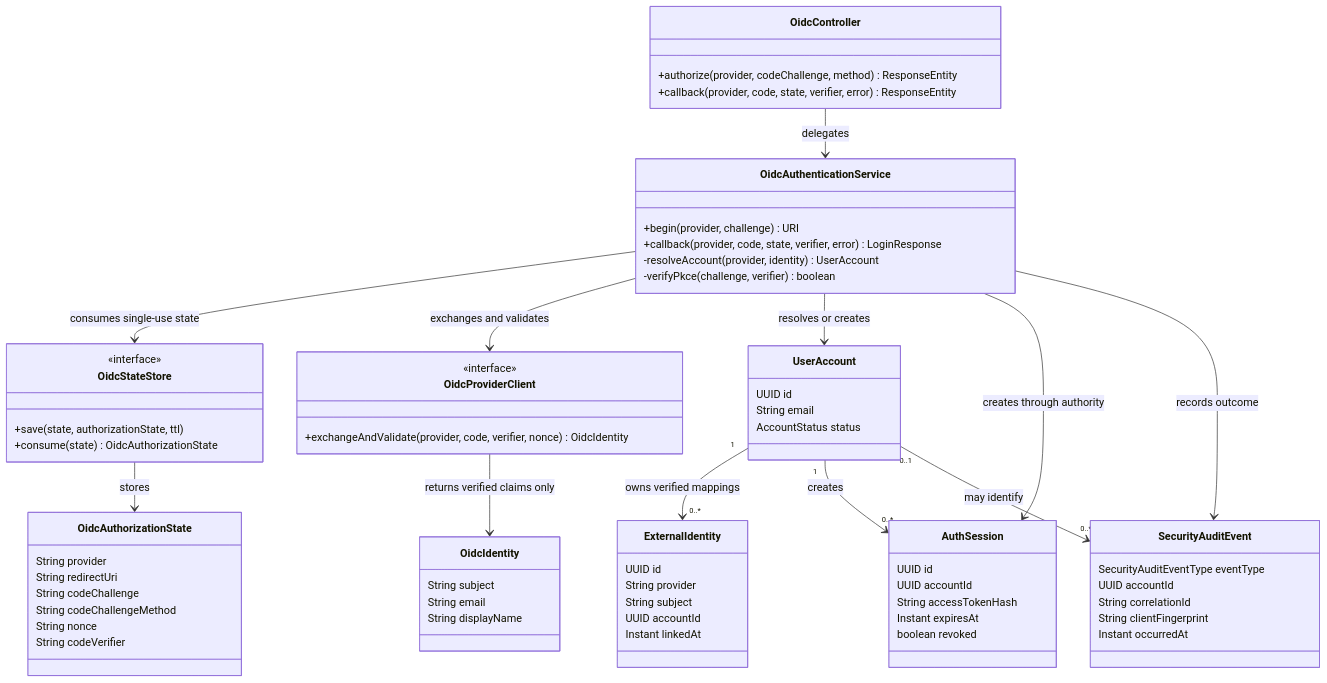
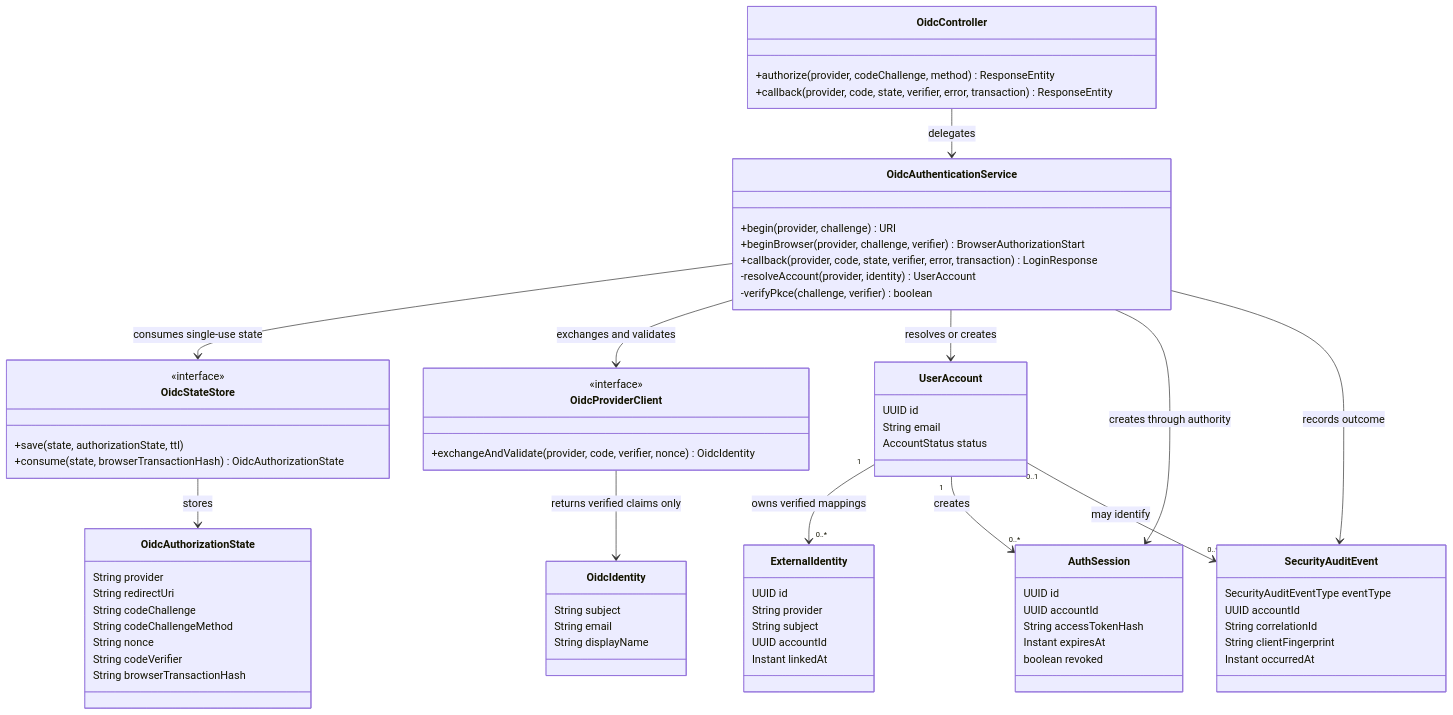
The third of 4 diagrams in docs/diagrams/identity-oidc.md (tdespenza/lifeos), drawn with Mermaid before and after one commit. The commit also changed other lines of this file and 11 other files, not shown here.

Commit message:
Harden browser OIDC callback binding

````diff
--- a/docs/diagrams/identity-oidc.md
+++ b/docs/diagrams/identity-oidc.md
@@ -92,73 +96,75 @@
 ```mermaid
 classDiagram
     class OidcController {
         +authorize(provider, codeChallenge, method) ResponseEntity
-        +callback(provider, code, state, verifier, error) ResponseEntity
+        +callback(provider, code, state, verifier, error, transaction) ResponseEntity
     }
     class OidcAuthenticationService {
         +begin(provider, challenge) URI
-        +callback(provider, code, state, verifier, error) LoginResponse
+        +beginBrowser(provider, challenge, verifier) BrowserAuthorizationStart
+        +callback(provider, code, state, verifier, error, transaction) LoginResponse
         -resolveAccount(provider, identity) UserAccount
         -verifyPkce(challenge, verifier) boolean
     }
     class OidcStateStore {
         <<interface>>
         +save(state, authorizationState, ttl)
-        +consume(state) OidcAuthorizationState
+        +consume(state, browserTransactionHash) OidcAuthorizationState
     }
     class OidcAuthorizationState {
         String provider
         String redirectUri
         String codeChallenge
         String codeChallengeMethod
         String nonce
         String codeVerifier
+        String browserTransactionHash
     }
     class OidcProviderClient {
         <<interface>>
         +exchangeAndValidate(provider, code, verifier, nonce) OidcIdentity
     }
     class OidcIdentity {
         String subject
         String email
         String displayName
     }
     class UserAccount {
         UUID id
         String email
         AccountStatus status
     }
     class ExternalIdentity {
         UUID id
         String provider
         String subject
         UUID accountId
         Instant linkedAt
     }
     class AuthSession {
         UUID id
         UUID accountId
         String accessTokenHash
         Instant expiresAt
         boolean revoked
     }
     class SecurityAuditEvent {
         SecurityAuditEventType eventType
         UUID accountId
         String correlationId
         String clientFingerprint
         Instant occurredAt
     }
 
     OidcController --> OidcAuthenticationService : delegates
     OidcAuthenticationService --> OidcStateStore : consumes single-use state
     OidcAuthenticationService --> OidcProviderClient : exchanges and validates
     OidcAuthenticationService --> UserAccount : resolves or creates
     OidcAuthenticationService --> AuthSession : creates through authority
     OidcAuthenticationService --> SecurityAuditEvent : records outcome
     OidcStateStore --> OidcAuthorizationState : stores
     OidcProviderClient --> OidcIdentity : returns verified claims only
     UserAccount "1" --> "0..*" ExternalIdentity : owns verified mappings
     UserAccount "1" --> "0..*" AuthSession : creates
     UserAccount "0..1" --> "0..*" SecurityAuditEvent : may identify
 ```
````
